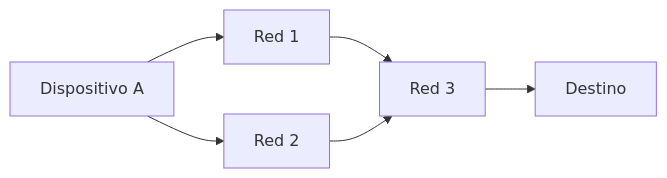
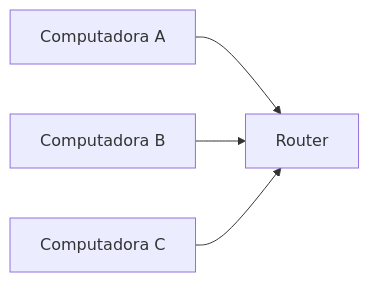
One commit to Oscar-Poski/heka-it changed the ninth of 12 diagrams in src/content/lessons/fundamentos-it/redes-desde-cero/intro-redes/04-intro-redes.md. Above: the diagram before and after it, drawn with Mermaid. The commit also changed other lines of this file and 63 other files, not shown here.

````diff
--- a/src/content/lessons/fundamentos-it/redes-desde-cero/intro-redes/04-intro-redes.md
+++ b/src/content/lessons/fundamentos-it/redes-desde-cero/intro-redes/04-intro-redes.md
@@ -116,5 +190,6 @@
 ```mermaid
 flowchart LR
-  A["Dispositivo A"] --> B["Red 1"] --> D["Red 3"] --> E["Destino"]
-  A --> C["Red 2"] --> D
+    A[Computadora A] --> R[Router]
+    B[Computadora B] --> R
+    C[Computadora C] --> R
 ```
````
